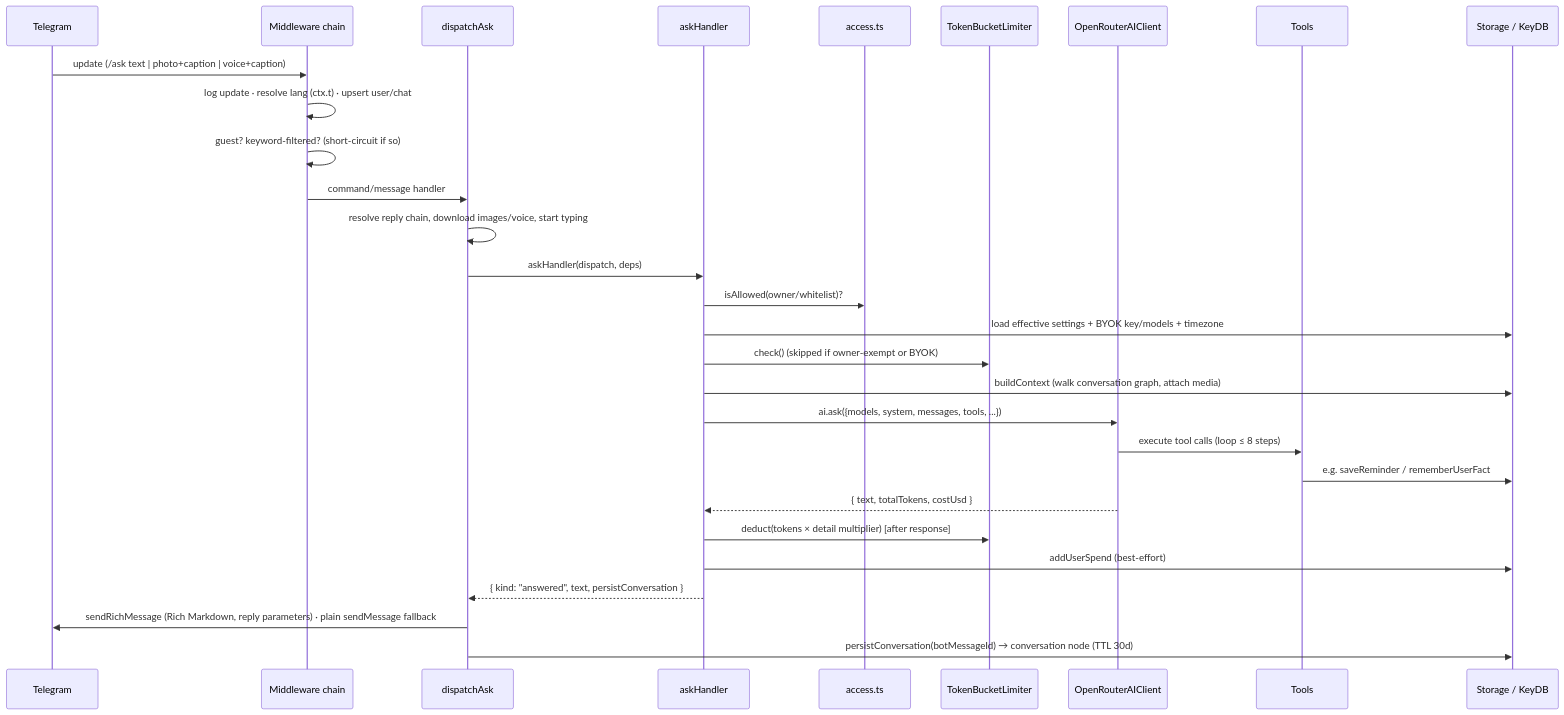
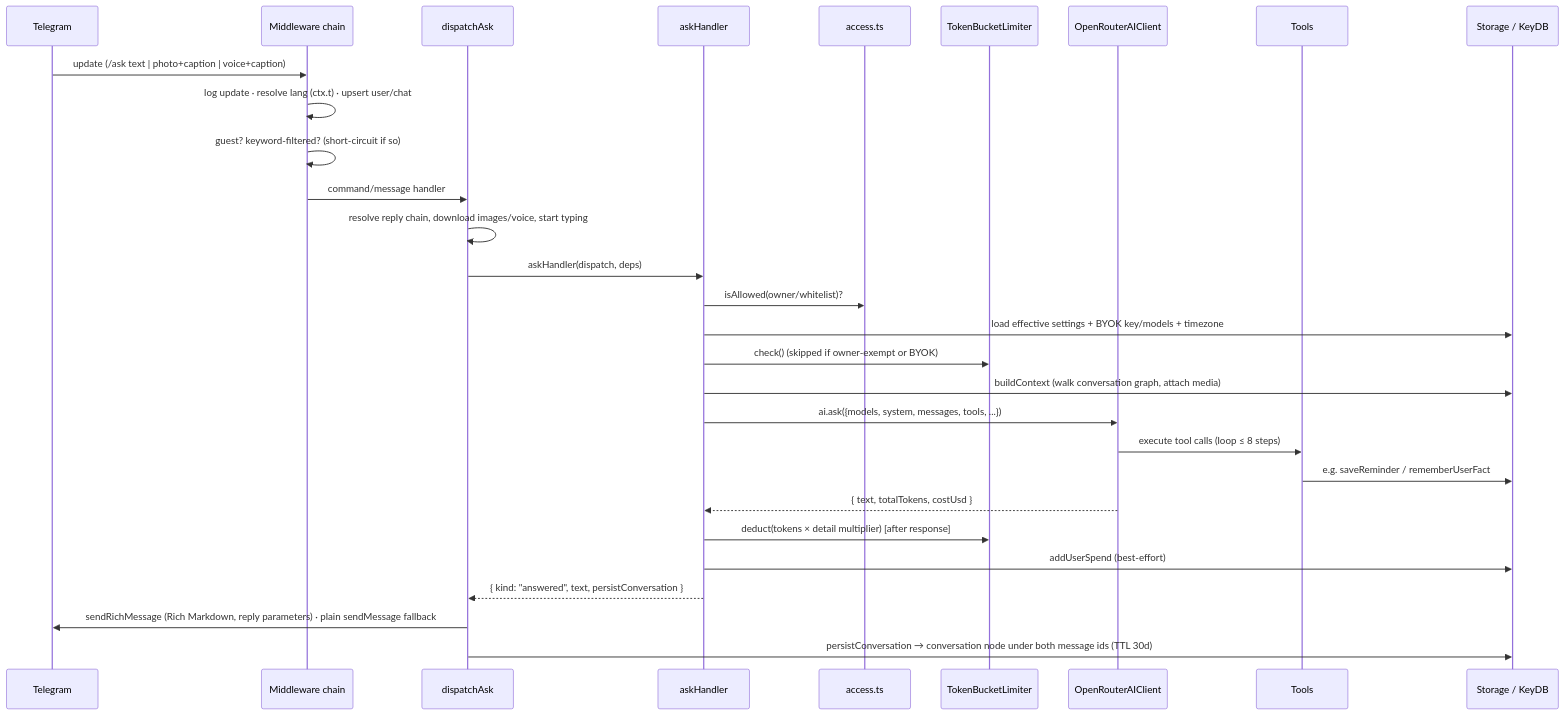
One commit to The-Fisher-Slopworks-Co/any_talker changed the second of 3 diagrams in docs/ARCHITECTURE.md. Above: the diagram before and after it, drawn with Mermaid. The commit also changed other lines of this file and 3 other files, not shown here.

First line of the commit message:
fix(bot): persist failed turns so they never sever the conversation chain

````diff
--- a/docs/ARCHITECTURE.md
+++ b/docs/ARCHITECTURE.md
@@ -298,32 +298,32 @@
 ```mermaid
 sequenceDiagram
     participant TG as Telegram
     participant MW as Middleware chain
     participant D as dispatchAsk
     participant H as askHandler
     participant ACC as access.ts
     participant RL as TokenBucketLimiter
     participant AI as OpenRouterAIClient
     participant T as Tools
     participant S as Storage / KeyDB
 
     TG->>MW: update (/ask text | photo+caption | voice+caption)
     MW->>MW: log update · resolve lang (ctx.t) · upsert user/chat
     MW->>MW: guest? keyword-filtered? (short-circuit if so)
     MW->>D: command/message handler
     D->>D: resolve reply chain, download images/voice, start typing
     D->>H: askHandler(dispatch, deps)
     H->>ACC: isAllowed(owner/whitelist)?
     H->>S: load effective settings + BYOK key/models + timezone
     H->>RL: check() (skipped if owner-exempt or BYOK)
     H->>S: buildContext (walk conversation graph, attach media)
     H->>AI: ai.ask({models, system, messages, tools, ...})
     AI->>T: execute tool calls (loop ≤ 8 steps)
     T->>S: e.g. saveReminder / rememberUserFact
     AI-->>H: { text, totalTokens, costUsd }
     H->>RL: deduct(tokens × detail multiplier)  [after response]
     H->>S: addUserSpend (best-effort)
     H-->>D: { kind: "answered", text, persistConversation }
     D->>TG: sendRichMessage (Rich Markdown, reply parameters) · plain sendMessage fallback
-    D->>S: persistConversation(botMessageId) → conversation node (TTL 30d)
+    D->>S: persistConversation → conversation node under both message ids (TTL 30d)
 ```
````
